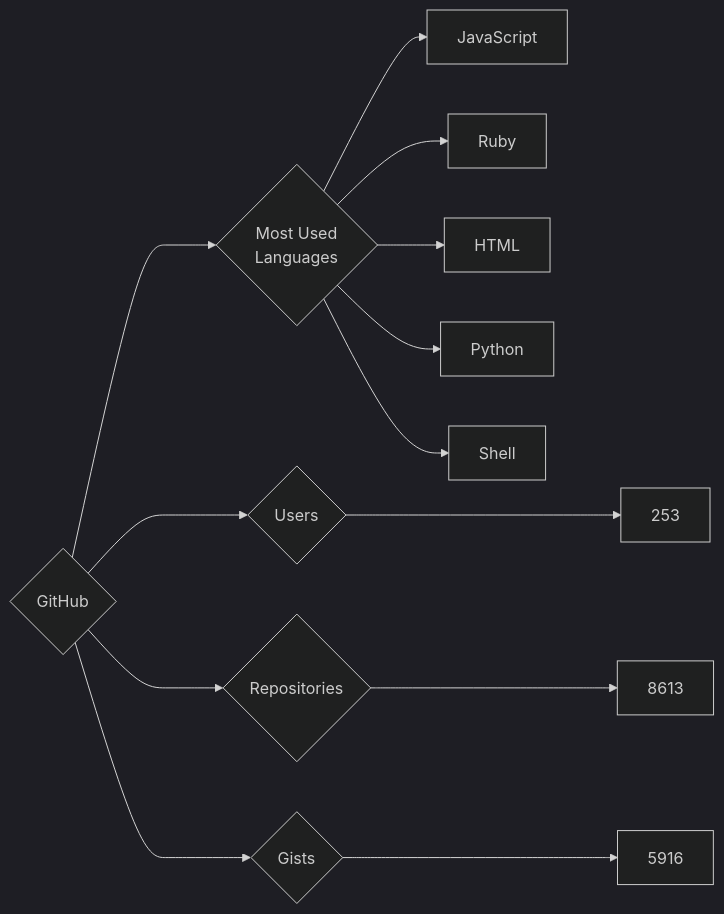
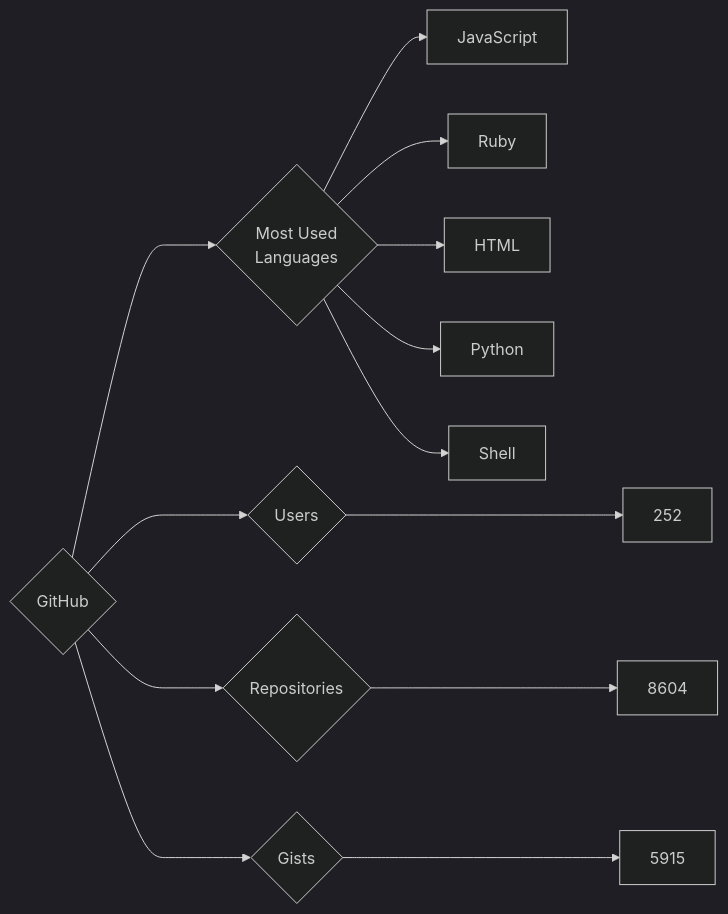
The diagram in targets/GitHub/README.md (trickest/insiders), drawn with Mermaid (dark theme) before and after one commit. The commit also changed 951 other files, not shown here.

````diff
--- a/targets/GitHub/README.md
+++ b/targets/GitHub/README.md
@@ -3,13 +3,13 @@
 ```mermaid
 graph LR
 COMPANY_NAME{GitHub}
-COMPANY_NAME ---> U{Users} ---> UN[253]
-COMPANY_NAME ---> R{Repositories} ---> RN[8613]
-COMPANY_NAME ---> G{Gists} ---> GN[5916]
+COMPANY_NAME ---> U{Users} ---> UN[252]
+COMPANY_NAME ---> R{Repositories} ---> RN[8604]
+COMPANY_NAME ---> G{Gists} ---> GN[5915]
 COMPANY_NAME ---> ML{Most Used<br>Languages}
-ML --> JavaScript
-ML --> Ruby
-ML --> HTML
-ML --> Python
-ML --> Shell
+ML --> JavaScript[JavaScript]
+ML --> Ruby[Ruby]
+ML --> HTML[HTML]
+ML --> Python[Python]
+ML --> Shell[Shell]
 ```
````
